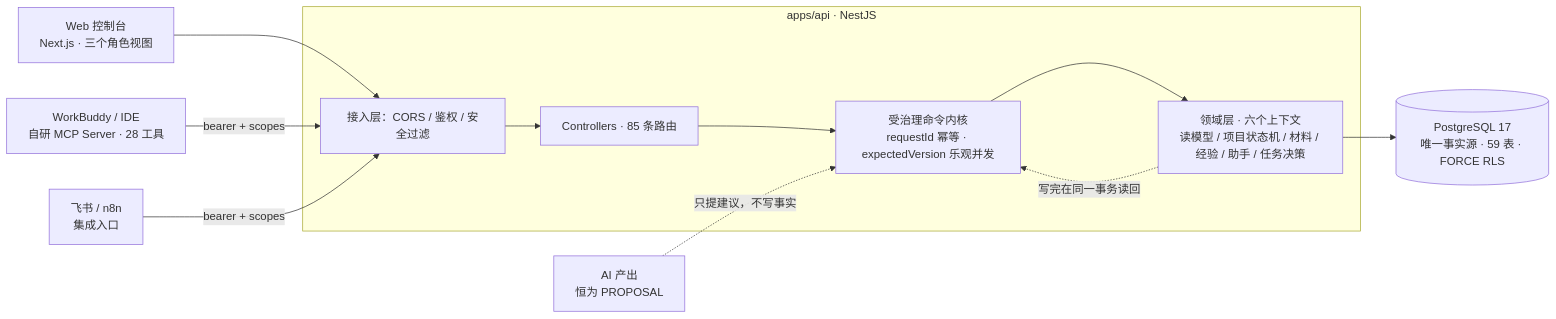
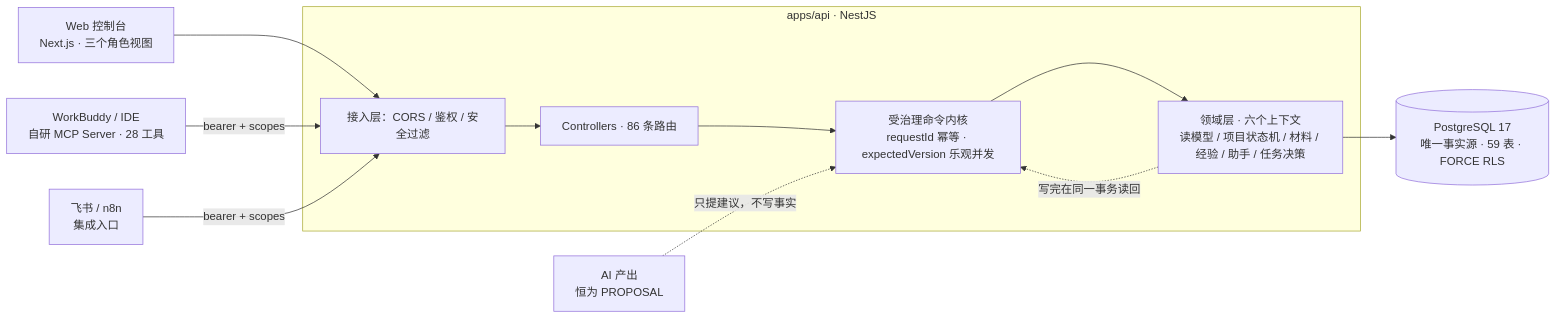
The second of 2 diagrams in README.md (lqyq666/dingjiang-zhiji-2), drawn with Mermaid before and after one commit. The commit also changed other lines of this file and 9 other files, not shown here.

````diff
--- a/README.md
+++ b/README.md
@@ -94,23 +94,23 @@
 ```mermaid
 flowchart LR
   Web["Web 控制台<br/>Next.js · 三个角色视图"]
   MCP["WorkBuddy / IDE<br/>自研 MCP Server · 28 工具"]
   Ext["飞书 / n8n<br/>集成入口"]
   AI["AI 产出<br/>恒为 PROPOSAL"]
 
   subgraph API["apps/api · NestJS"]
     Guard["接入层：CORS / 鉴权 / 安全过滤"]
-    Ctrl["Controllers · 85 条路由"]
+    Ctrl["Controllers · 86 条路由"]
     Kernel["受治理命令内核<br/>requestId 幂等 · expectedVersion 乐观并发"]
     Domain["领域层 · 六个上下文<br/>读模型 / 项目状态机 / 材料 / 经验 / 助手 / 任务决策"]
   end
 
   DB[("PostgreSQL 17<br/>唯一事实源 · 59 表 · FORCE RLS")]
 
   Web --> Guard
   MCP -->|"bearer + scopes"| Guard
   Ext -->|"bearer + scopes"| Guard
   Guard --> Ctrl --> Kernel --> Domain --> DB
   Domain -.->|"写完在同一事务读回"| Kernel
   AI -.->|"只提建议，不写事实"| Kernel
 ```
````
